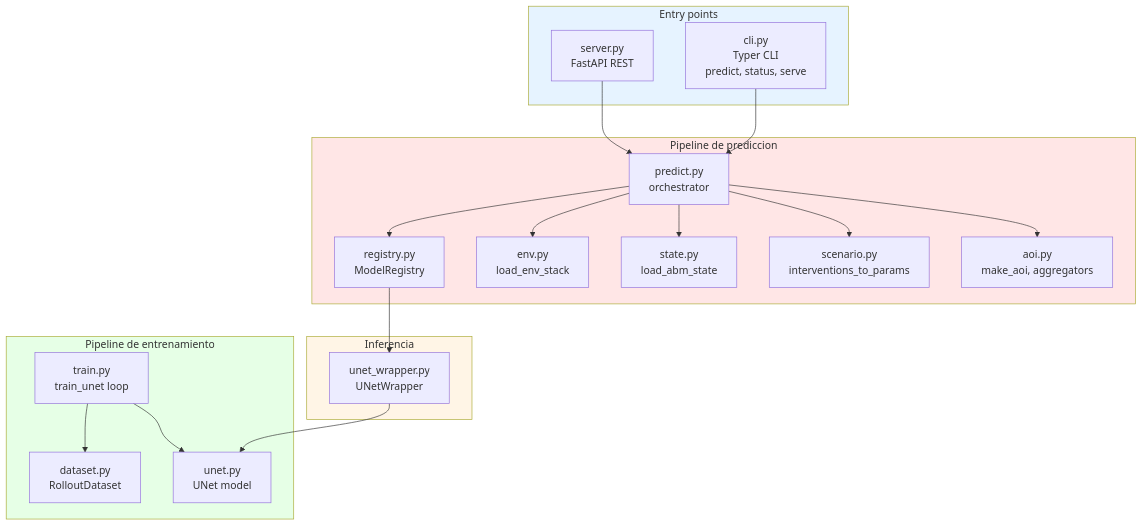
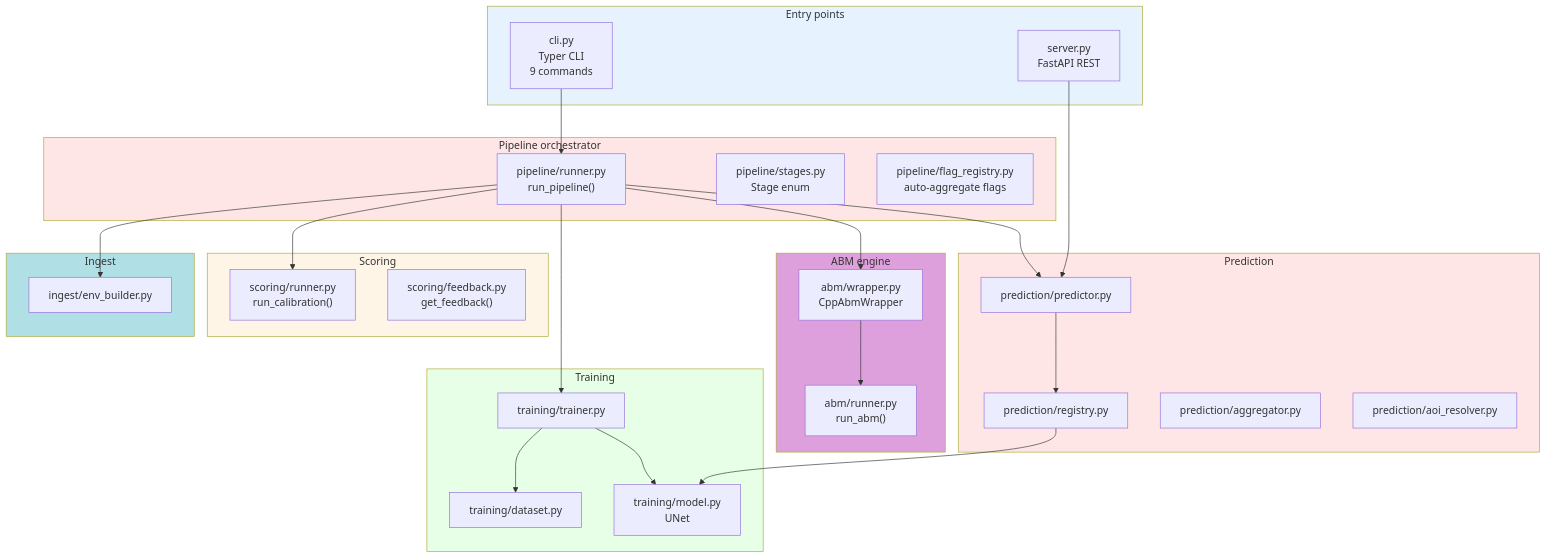
Before and after one commit to ANFAIA/MalariaSentinel: the fourth of 14 diagrams in docs/system-status.md, drawn with Mermaid. The commit also changed other lines of this file and 6 other files, not shown here.

````diff
--- a/docs/system-status.md
+++ b/docs/system-status.md
@@ -161,44 +156,61 @@
 ```mermaid
 graph TB
     subgraph CLI["Entry points"]
-        CLI_T["cli.py<br/>Typer CLI<br/>predict, status, serve"]
+        CLI_T["cli.py<br/>Typer CLI<br/>9 commands"]
         SRV["server.py<br/>FastAPI REST"]
     end
 
-    subgraph PREDICCION["Pipeline de prediccion"]
-        PRED["predict.py<br/>orchestrator"]
-        REG["registry.py<br/>ModelRegistry"]
-        ENV["env.py<br/>load_env_stack"]
-        ST["state.py<br/>load_abm_state"]
-        SCN["scenario.py<br/>interventions_to_params"]
-        AOI["aoi.py<br/>make_aoi, aggregators"]
+    subgraph PIPELINE["Pipeline orchestrator"]
+        PL["pipeline/runner.py<br/>run_pipeline()"]
+        STG["pipeline/stages.py<br/>Stage enum"]
+        FR["pipeline/flag_registry.py<br/>auto-aggregate flags"]
     end
 
-    subgraph ENTRENAMIENTO["Pipeline de entrenamiento"]
-        TR["train.py<br/>train_unet loop"]
-        DS["dataset.py<br/>RolloutDataset"]
-        UN["unet.py<br/>UNet model"]
+    subgraph ABM_PKG["ABM engine"]
+        WR["abm/wrapper.py<br/>CppAbmWrapper"]
+        RUN_A["abm/runner.py<br/>run_abm()"]
     end
 
-    subgraph INFERENCIA["Inferencia"]
-        UW["unet_wrapper.py<br/>UNetWrapper"]
+    subgraph PREDICCION["Prediction"]
+        PRED["prediction/predictor.py"]
+        REG["prediction/registry.py"]
+        AIO["prediction/aggregator.py"]
+        RES["prediction/aoi_resolver.py"]
     end
 
-    CLI_T --> PRED
+    subgraph ENTRENAMIENTO["Training"]
+        TR["training/trainer.py"]
+        DS["training/dataset.py"]
+        UN["training/model.py<br/>UNet"]
+    end
+
+    subgraph SCORING["Scoring"]
+        SCR["scoring/runner.py<br/>run_calibration()"]
+        FB["scoring/feedback.py<br/>get_feedback()"]
+    end
+
+    subgraph INGEST["Ingest"]
+        ING["ingest/env_builder.py"]
+    end
+
+    CLI_T --> PL
     SRV --> PRED
+    PL --> WR
+    PL --> SCR
+    PL --> TR
+    PL --> PRED
+    PL --> ING
+    WR --> RUN_A
     PRED --> REG
-    PRED --> ENV
-    PRED --> ST
-    PRED --> SCN
-    PRED --> AOI
-    REG --> UW
-    UW --> UN
-
+    REG --> UN
     TR --> DS
     TR --> UN
 
     style CLI fill:#E6F3FF
+    style PIPELINE fill:#FFE6E6
+    style ABM_PKG fill:#DDA0DD
     style PREDICCION fill:#FFE6E6
     style ENTRENAMIENTO fill:#E6FFE6
-    style INFERENCIA fill:#FFF5E6
+    style SCORING fill:#FFF5E6
+    style INGEST fill:#B0E0E6
 ```
````
